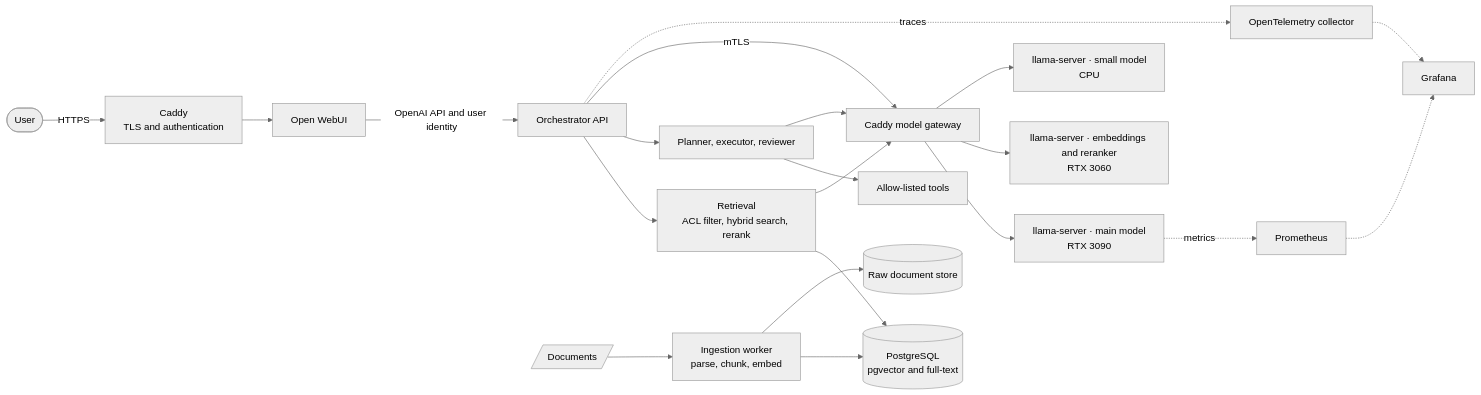
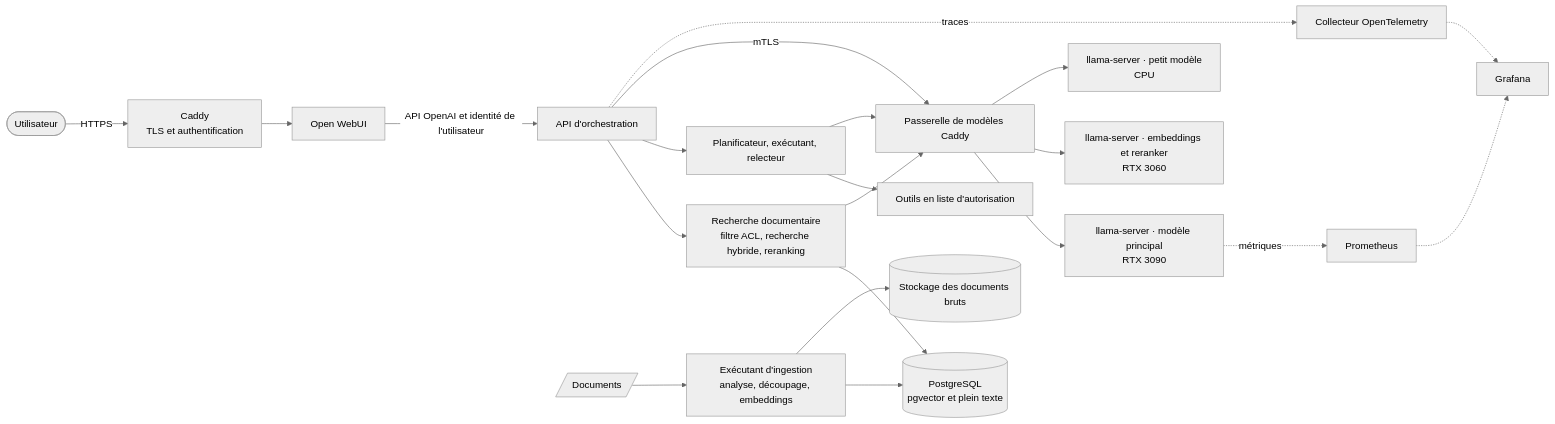
One commit to rem-lit/SummerAI changed the first of 2 diagrams in docs/architecture.md. Above: the diagram before and after it, drawn with Mermaid (neutral theme). The commit also changed other lines of this file and 22 other files, not shown here.

````diff
--- a/docs/architecture.md
+++ b/docs/architecture.md
@@ -18,23 +21,23 @@
 ```mermaid
 flowchart LR
-    user([User]) -->|HTTPS| proxy[Caddy<br/>TLS and authentication]
+    user([Utilisateur]) -->|HTTPS| proxy[Caddy<br/>TLS et authentification]
     proxy --> ui[Open WebUI]
-    ui -->|OpenAI API and user identity| orch[Orchestrator API]
-    orch --> retr[Retrieval<br/>ACL filter, hybrid search, rerank]
-    retr --> db[(PostgreSQL<br/>pgvector and full-text)]
-    orch --> agents[Planner, executor, reviewer]
-    agents --> tools[Allow-listed tools]
-    orch -->|mTLS| gw[Caddy model gateway]
+    ui -->|API OpenAI et identité de l'utilisateur| orch[API d'orchestration]
+    orch --> retr[Recherche documentaire<br/>filtre ACL, recherche hybride, reranking]
+    retr --> db[(PostgreSQL<br/>pgvector et plein texte)]
+    orch --> agents[Planificateur, exécutant, relecteur]
+    agents --> tools[Outils en liste d'autorisation]
+    orch -->|mTLS| gw[Passerelle de modèles Caddy]
     agents --> gw
     retr --> gw
-    gw --> llm[llama-server · main model<br/>RTX 3090]
-    gw --> emb[llama-server · embeddings and reranker<br/>RTX 3060]
-    gw --> cpp[llama-server · small model<br/>CPU]
-    src[/Documents/] --> ingest[Ingestion worker<br/>parse, chunk, embed]
+    gw --> llm[llama-server · modèle principal<br/>RTX 3090]
+    gw --> emb[llama-server · embeddings et reranker<br/>RTX 3060]
+    gw --> cpp[llama-server · petit modèle<br/>CPU]
+    src[/Documents/] --> ingest[Exécutant d'ingestion<br/>analyse, découpage, embeddings]
     ingest --> db
-    ingest --> raw[(Raw document store)]
-    orch -.->|traces| otel[OpenTelemetry collector]
-    llm -.->|metrics| prom[Prometheus]
+    ingest --> raw[(Stockage des documents bruts)]
+    orch -.->|traces| otel[Collecteur OpenTelemetry]
+    llm -.->|métriques| prom[Prometheus]
     otel -.-> grafana[Grafana]
     prom -.-> grafana
 ```
````
